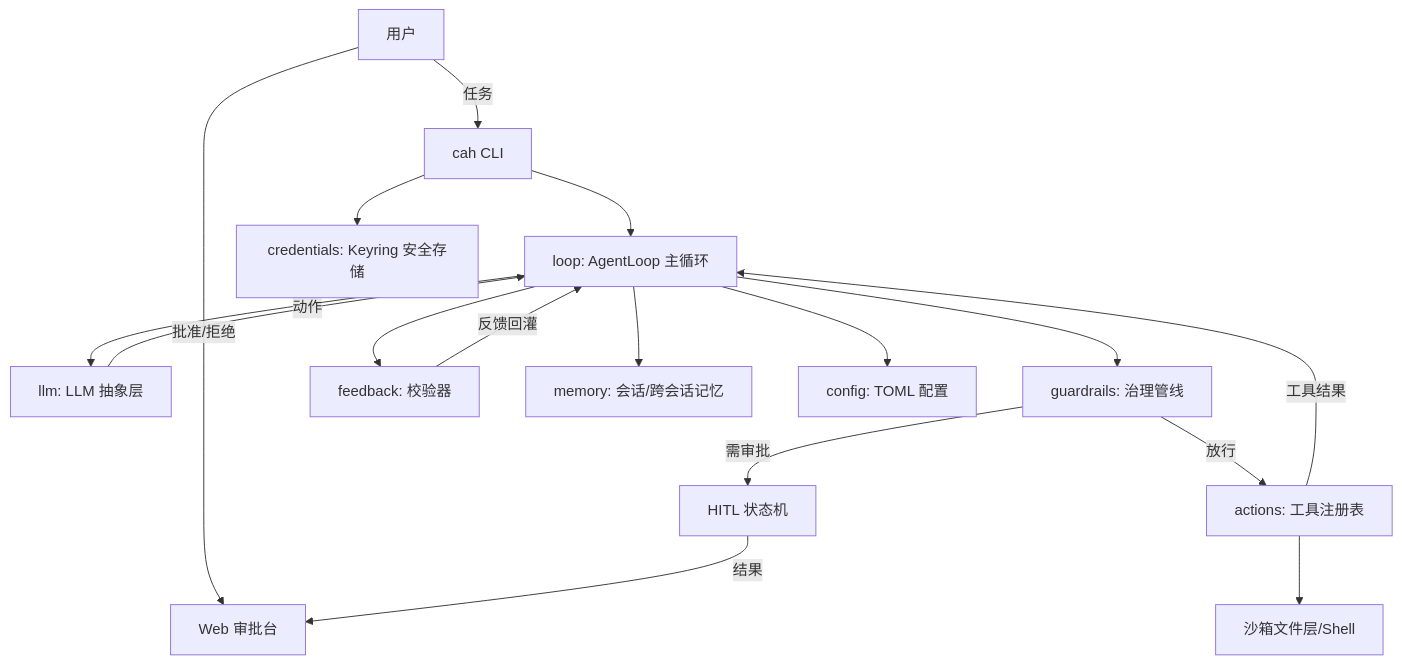
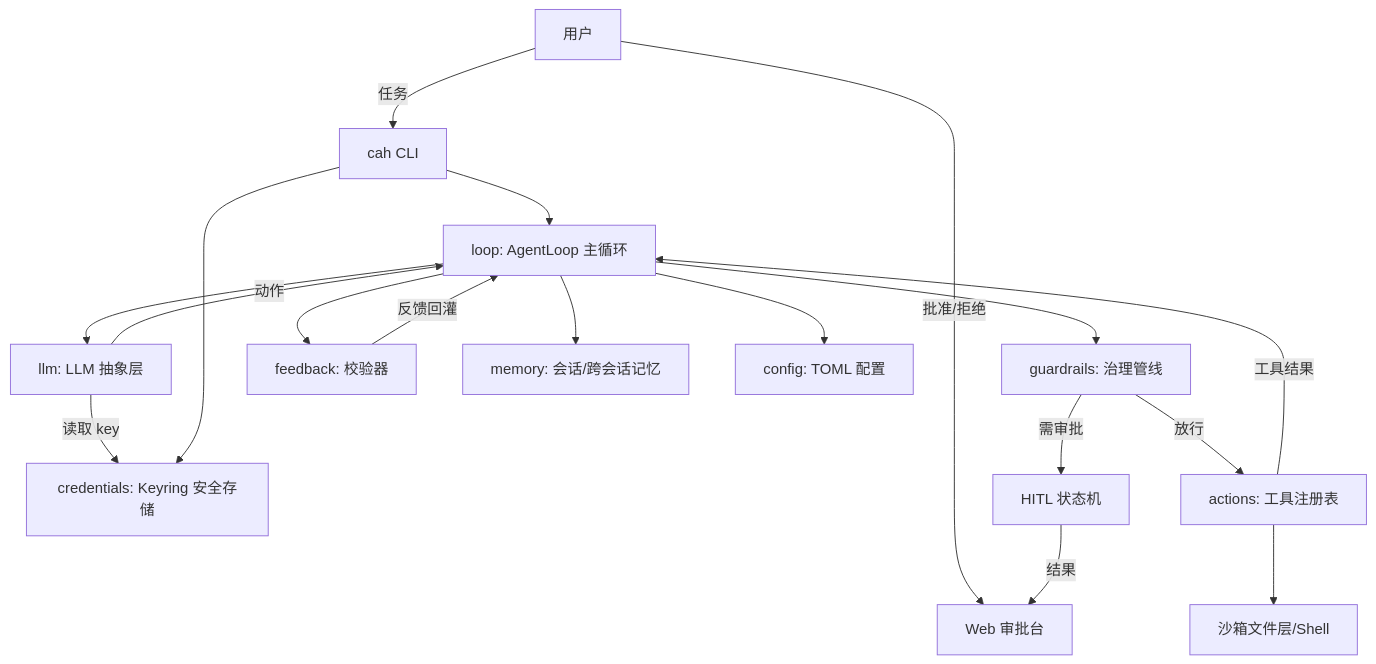
One commit to Jasonw43/Coding-Agent-Harness changed the diagram in SPEC.md. Above: the diagram before and after it, drawn with Mermaid. The commit also changed other lines of this file and 1 other file, not shown here.

````diff
--- a/SPEC.md
+++ b/SPEC.md
@@ -150,19 +150,20 @@
 ```mermaid
 flowchart TB
     U[用户] -->|任务| CLI[cah CLI]
     U -->|批准/拒绝| WEB[Web 审批台]
     CLI --> LOOP[loop: AgentLoop 主循环]
     LOOP --> LLM[llm: LLM 抽象层]
+    LLM -->|读取 key| CRED[credentials: Keyring 安全存储]
     LLM -->|动作| LOOP
     LOOP --> GR[guardrails: 治理管线]
     GR -->|需审批| HITL[HITL 状态机]
     HITL -->|结果| WEB
     GR -->|放行| ACT[actions: 工具注册表]
     ACT --> FS[沙箱文件层/Shell]
     ACT -->|工具结果| LOOP
     LOOP --> FB[feedback: 校验器]
     FB -->|反馈回灌| LOOP
     LOOP --> MEM[memory: 会话/跨会话记忆]
     LOOP --> CFG[config: TOML 配置]
     CLI --> CRED[credentials: Keyring 安全存储]
 ```
````
